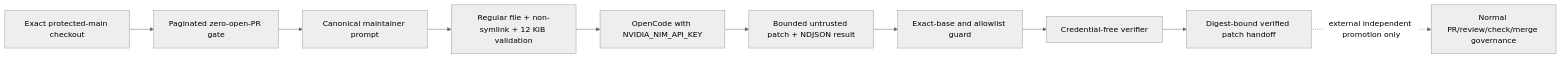
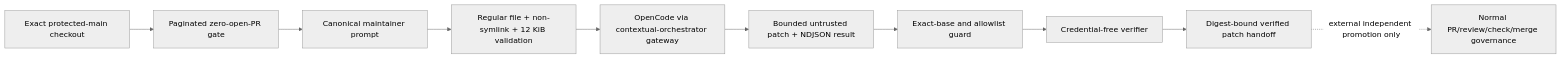
The fourth of 4 diagrams in docs/architecture/SYSTEM_ARCHITECTURE.md (ContextualWisdomLab/EgressWeave), drawn with Mermaid (neutral theme) before and after one commit. The commit also changed 11 other files, not shown here.

````diff
--- a/docs/architecture/SYSTEM_ARCHITECTURE.md
+++ b/docs/architecture/SYSTEM_ARCHITECTURE.md
@@ -120,12 +120,12 @@
 ```mermaid
 flowchart LR
     checkout[Exact protected-main checkout] --> pr_gate[Paginated zero-open-PR gate]
     pr_gate --> prompt[Canonical maintainer prompt]
     prompt --> prompt_guard[Regular file + non-symlink + 12 KiB validation]
-    prompt_guard --> opencode[OpenCode with NVIDIA_NIM_API_KEY]
+    prompt_guard --> opencode[OpenCode via contextual-orchestrator gateway]
     opencode --> untrusted_patch[Bounded untrusted patch + NDJSON result]
     untrusted_patch --> handoff_guard[Exact-base and allowlist guard]
     handoff_guard --> verifier[Credential-free verifier]
     verifier --> sealed_patch[Digest-bound verified patch handoff]
     sealed_patch -. external independent promotion only .-> protected_governance[Normal PR/review/check/merge governance]
 ```
````
